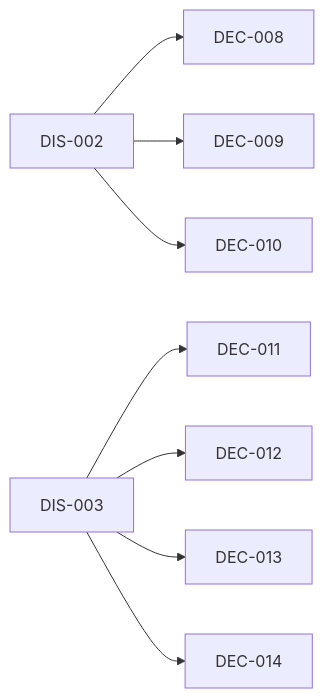
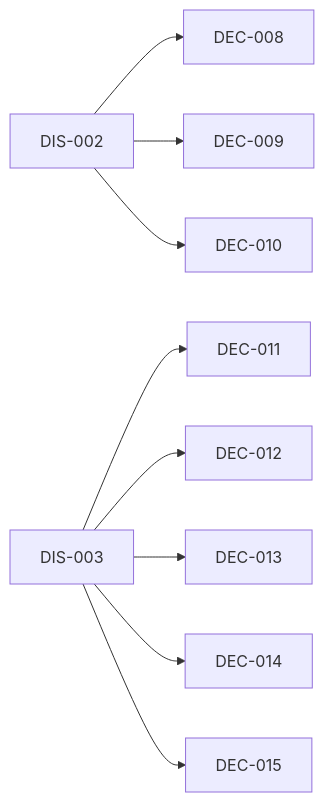
The diagram in INDEX.md (amartis/sonoai_research_notes), drawn with Mermaid before and after one commit. The commit also changed other lines of this file and 2 other files, not shown here.

First line of the commit message:
Add DEC-015: common box for runs, checkpoints and chosen models

````diff
--- a/INDEX.md
+++ b/INDEX.md
@@ -36,10 +37,11 @@
 ```mermaid
 flowchart LR
   DIS_002[DIS-002] --> DEC_008[DEC-008]
   DIS_002[DIS-002] --> DEC_009[DEC-009]
   DIS_002[DIS-002] --> DEC_010[DEC-010]
   DIS_003[DIS-003] --> DEC_011[DEC-011]
   DIS_003[DIS-003] --> DEC_012[DEC-012]
   DIS_003[DIS-003] --> DEC_013[DEC-013]
   DIS_003[DIS-003] --> DEC_014[DEC-014]
+  DIS_003[DIS-003] --> DEC_015[DEC-015]
 ```
````
